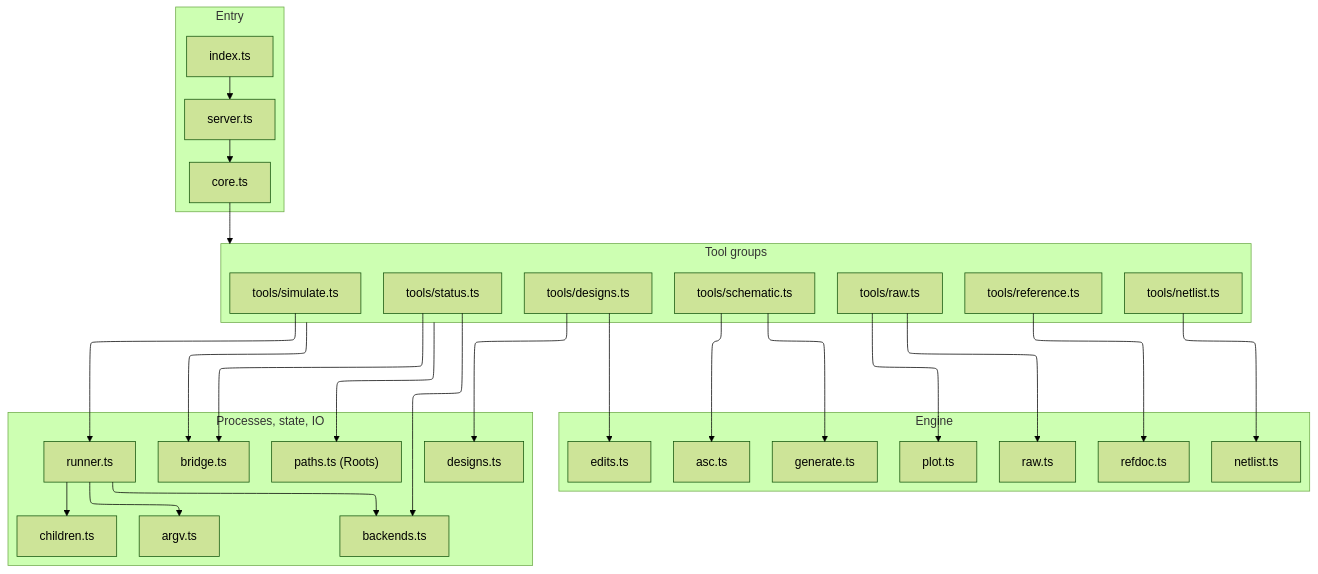
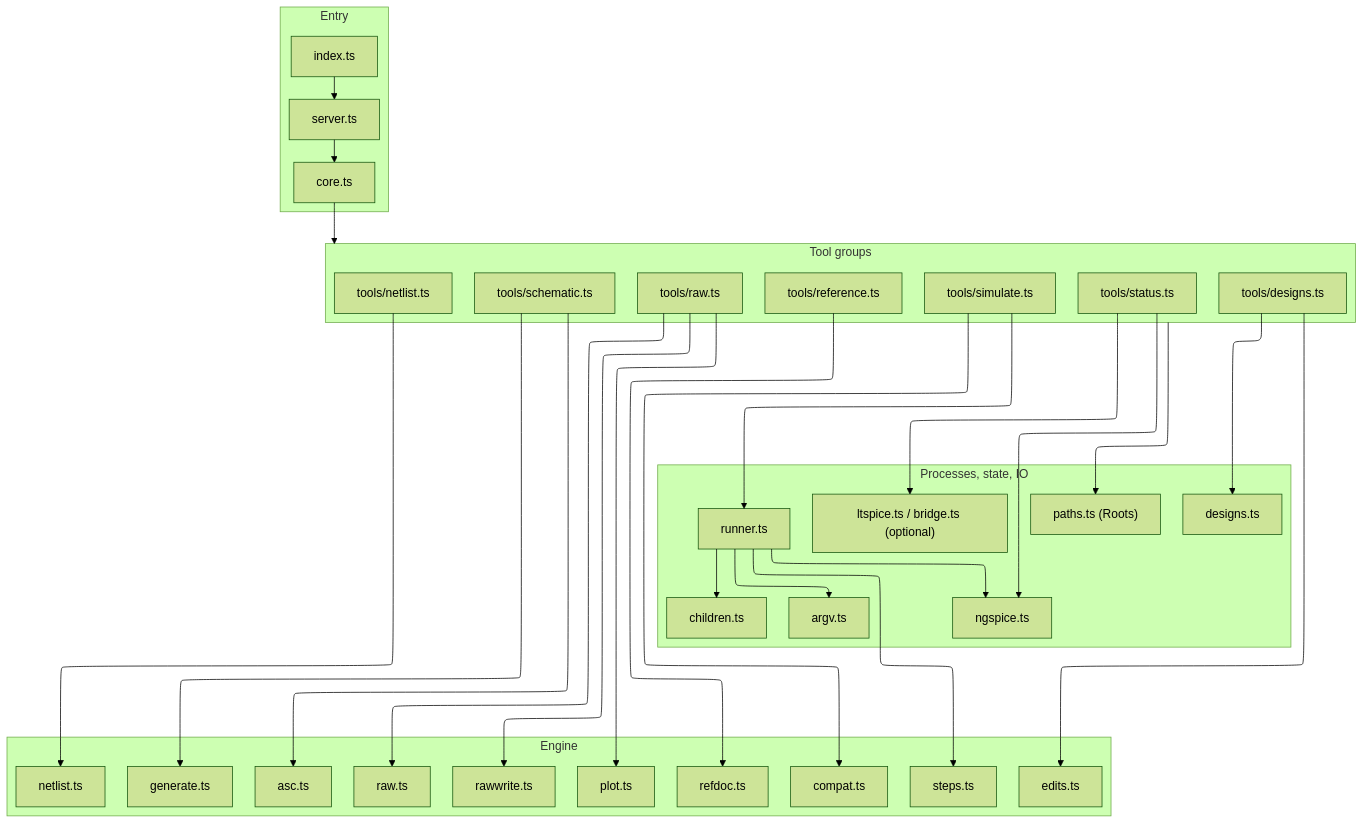
The second of 7 diagrams in .kiro/specs/openspice-mcp/design.md (sohampatwardhan/openspice-mcp), drawn with Mermaid (forest theme) before and after one commit. The commit also changed other lines of this file and 4 other files, not shown here.

First line of the commit message:
docs(spec): make ngspice the sole engine with LTspice file fidelity

````diff
--- a/.kiro/specs/openspice-mcp/design.md
+++ b/.kiro/specs/openspice-mcp/design.md
@@ -85,58 +83,63 @@
 ```mermaid
 ---
 config:
   layout: elk
 ---
 flowchart TB
   subgraph entry [Entry]
     index["index.ts"]
     server["server.ts"]
     core["core.ts"]
   end
   subgraph toolg [Tool groups]
     status["tools/status.ts"]
     netlistTool["tools/netlist.ts"]
     schemTool["tools/schematic.ts"]
     designTool["tools/designs.ts"]
     simTool["tools/simulate.ts"]
     rawTool["tools/raw.ts"]
     refTool["tools/reference.ts"]
   end
   subgraph eng [Engine]
     netlist["netlist.ts"]
     asc["asc.ts"]
     generate["generate.ts"]
+    compat["compat.ts"]
+    steps["steps.ts"]
     raw["raw.ts"]
+    rawwrite["rawwrite.ts"]
     plot["plot.ts"]
     edits["edits.ts"]
     refdoc["refdoc.ts"]
   end
   subgraph proc [Processes, state, IO]
-    backends["backends.ts"]
+    ngspice["ngspice.ts"]
     argv["argv.ts"]
     children["children.ts"]
     runner["runner.ts"]
-    bridge["bridge.ts"]
     designs["designs.ts"]
     roots["paths.ts (Roots)"]
+    extras["ltspice.ts / bridge.ts (optional)"]
   end
   index --> server
   server --> core
   core --> toolg
   netlistTool --> netlist
   schemTool --> asc
   schemTool --> generate
   designTool --> designs
   designTool --> edits
   simTool --> runner
+  simTool --> compat
+  runner --> ngspice
+  runner --> steps
+  runner --> argv
+  runner --> children
   rawTool --> raw
+  rawTool --> rawwrite
   rawTool --> plot
   refTool --> refdoc
-  runner --> backends
-  runner --> argv
-  runner --> children
-  status --> backends
-  status --> bridge
-  toolg --> bridge
+  status --> ngspice
+  status --> extras
   toolg --> roots
 ```
````
